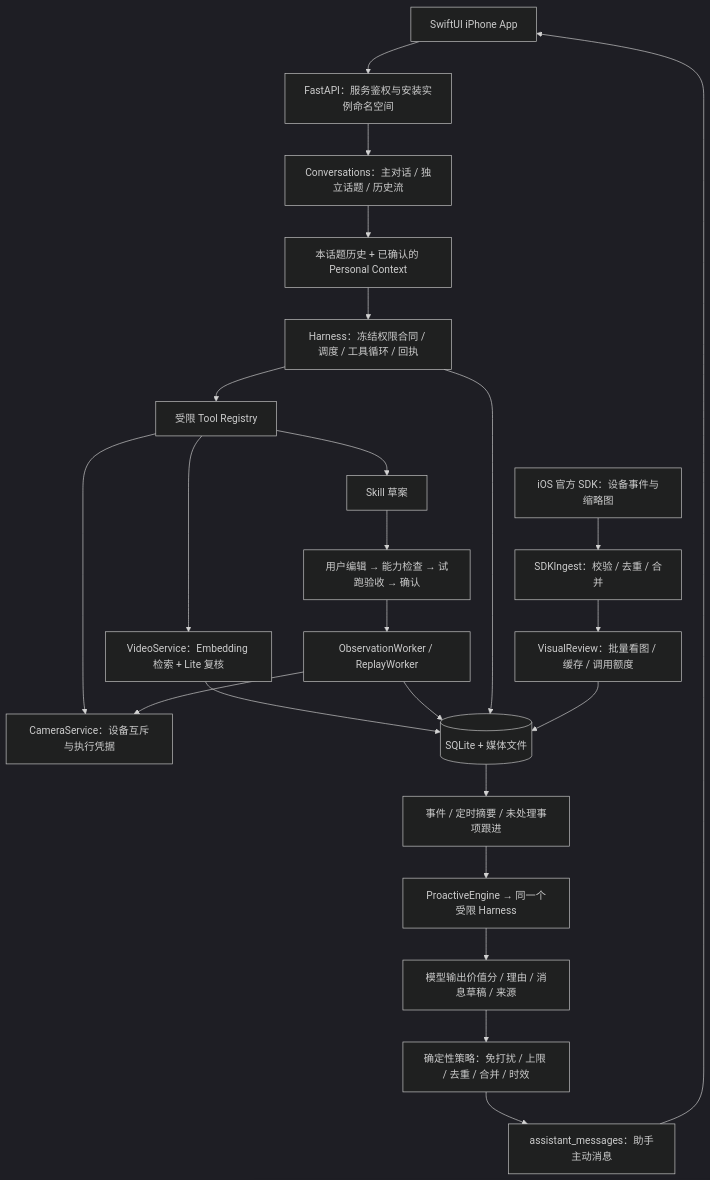
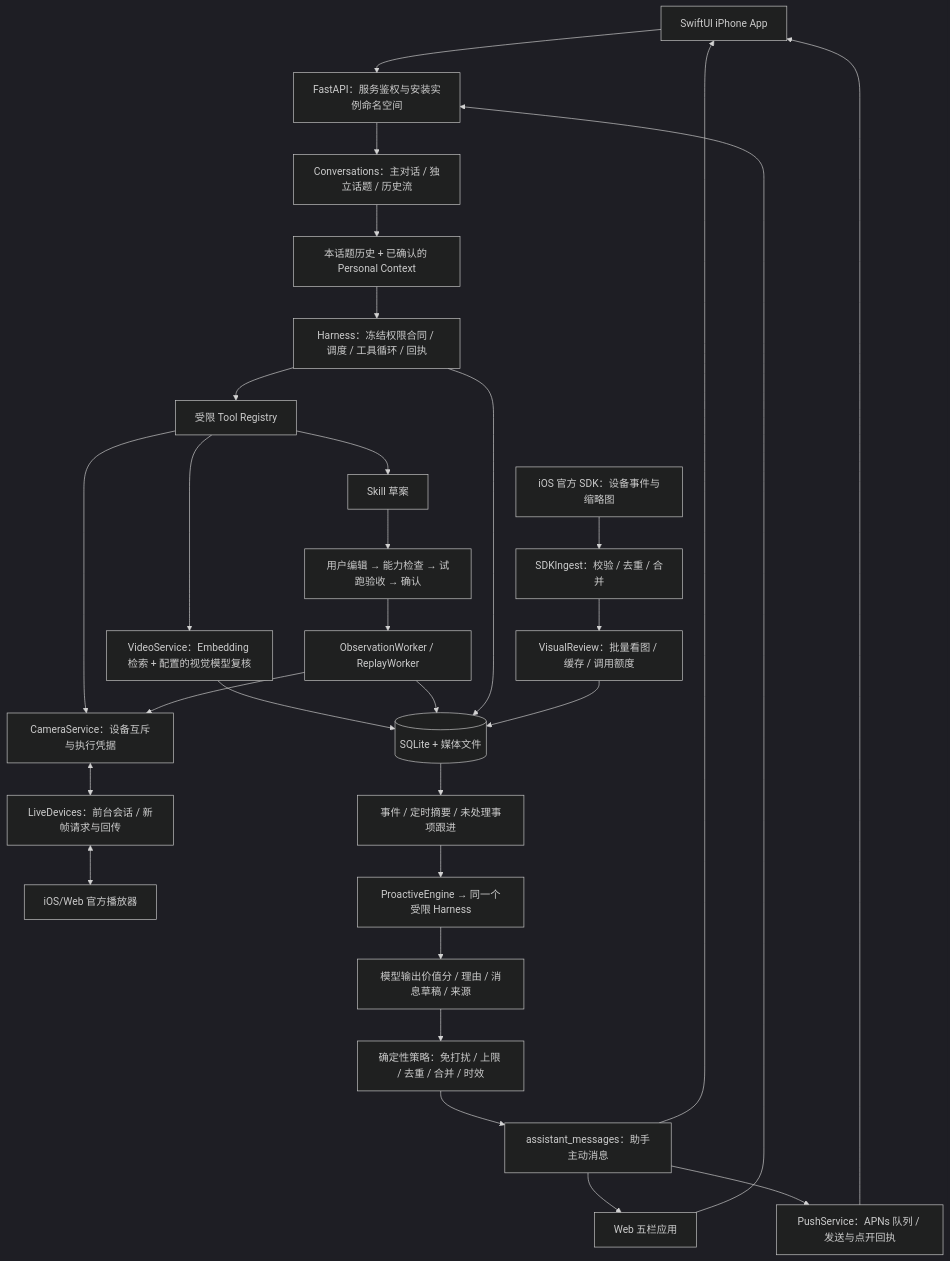
Before and after one commit to zhangmiao03/evidenceguard-ios: the diagram in Cloud/ARCHITECTURE.md, drawn with Mermaid (dark theme). The commit also changed other lines of this file and 17 other files, not shown here.

Commit message:
fix: align agent prompts and API docs with current clients

````diff
--- a/Cloud/ARCHITECTURE.md
+++ b/Cloud/ARCHITECTURE.md
@@ -9,26 +9,32 @@
 ```mermaid
 flowchart TD
   App[SwiftUI iPhone App] --> API[FastAPI：服务鉴权与安装实例命名空间]
+  Web[Web 五栏应用] --> API
   API --> Sessions[Conversations：主对话 / 独立话题 / 历史流]
   Sessions --> Context[本话题历史 + 已确认的 Personal Context]
   Context --> Harness[Harness：冻结权限合同 / 调度 / 工具循环 / 回执]
   Harness --> Tools[受限 Tool Registry]
-  Tools --> Video[VideoService：Embedding 检索 + Lite 复核]
+  Tools --> Video[VideoService：Embedding 检索 + 配置的视觉模型复核]
   Tools --> Camera[CameraService：设备互斥与执行凭据]
   Tools --> Draft[Skill 草案]
   Draft --> Confirm[用户编辑 → 能力检查 → 试跑验收 → 确认]
   Confirm --> Worker[ObservationWorker / ReplayWorker]
   Worker --> Camera
+  Camera <--> Relay[LiveDevices：前台会话 / 新帧请求与回传]
+  Relay <--> Clients[iOS/Web 官方播放器]
   Video --> DB[(SQLite + 媒体文件)]
   Worker --> DB
   Harness --> DB
   SDK[iOS 官方 SDK：设备事件与缩略图] --> Ingest[SDKIngest：校验 / 去重 / 合并]
   Ingest --> Visual[VisualReview：批量看图 / 缓存 / 调用额度]
   Visual --> DB
   DB --> Trigger[事件 / 定时摘要 / 未处理事项跟进]
   Trigger --> Proactive[ProactiveEngine → 同一个受限 Harness]
   Proactive --> Score[模型输出价值分 / 理由 / 消息草稿 / 来源]
   Score --> Policy[确定性策略：免打扰 / 上限 / 去重 / 合并 / 时效]
   Policy --> Inbox[assistant_messages：助手主动消息]
   Inbox --> App
+  Inbox --> Web
+  Inbox --> Push[PushService：APNs 队列 / 发送与点开回执]
+  Push --> App
 ```
````
